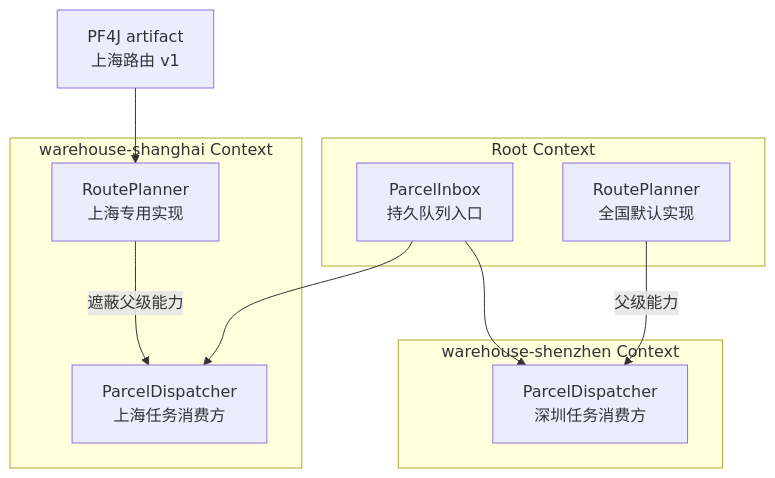
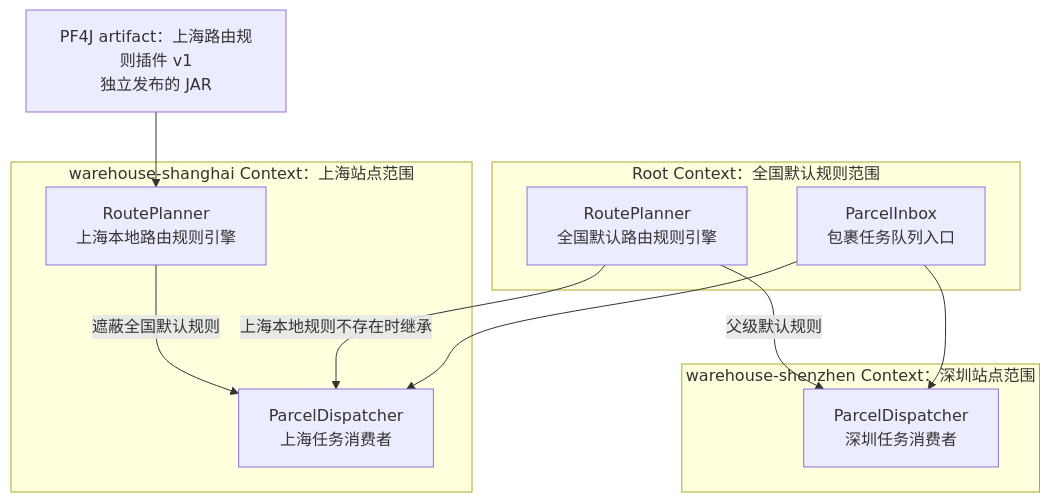
Before and after one commit to fjay/knotra: the first of 2 diagrams in docs/Knotra 实战案例：动态物流路由系统.md, drawn with Mermaid. The commit also changed other lines of this file, not shown here.

````diff
--- a/docs/Knotra 实战案例：动态物流路由系统.md
+++ b/docs/Knotra 实战案例：动态物流路由系统.md
@@ -34,24 +53,25 @@
 ```mermaid
 flowchart TB
-    V1["PF4J artifact<br/>上海路由 v1"]
+    V1["PF4J artifact：上海路由规则插件 v1<br/>独立发布的 JAR"]
 
-    subgraph ROOT["Root Context"]
-        INBOX["ParcelInbox<br/>持久队列入口"]
-        DEFAULT["RoutePlanner<br/>全国默认实现"]
+    subgraph ROOT["Root Context：全国默认规则范围"]
+        INBOX["ParcelInbox<br/>包裹任务队列入口"]
+        DEFAULT["RoutePlanner<br/>全国默认路由规则引擎"]
     end
 
-    subgraph SH["warehouse-shanghai Context"]
-        LOCAL["RoutePlanner<br/>上海专用实现"]
-        SH_DISPATCHER["ParcelDispatcher<br/>上海任务消费方"]
+    subgraph SH["warehouse-shanghai Context：上海站点范围"]
+        LOCAL["RoutePlanner<br/>上海本地路由规则引擎"]
+        SH_DISPATCHER["ParcelDispatcher<br/>上海任务消费者"]
     end
 
-    subgraph SZ["warehouse-shenzhen Context"]
-        SZ_DISPATCHER["ParcelDispatcher<br/>深圳任务消费方"]
+    subgraph SZ["warehouse-shenzhen Context：深圳站点范围"]
+        SZ_DISPATCHER["ParcelDispatcher<br/>深圳任务消费者"]
     end
 
     V1 --> LOCAL
-    LOCAL -->|遮蔽父级能力| SH_DISPATCHER
-    DEFAULT -->|父级能力| SZ_DISPATCHER
+    LOCAL -->|遮蔽全国默认规则| SH_DISPATCHER
+    DEFAULT -->|上海本地规则不存在时继承| SH_DISPATCHER
+    DEFAULT -->|父级默认规则| SZ_DISPATCHER
     INBOX --> SH_DISPATCHER
     INBOX --> SZ_DISPATCHER
 ```
````
